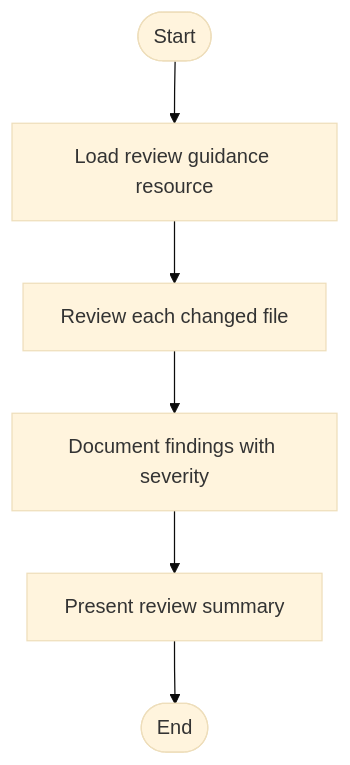
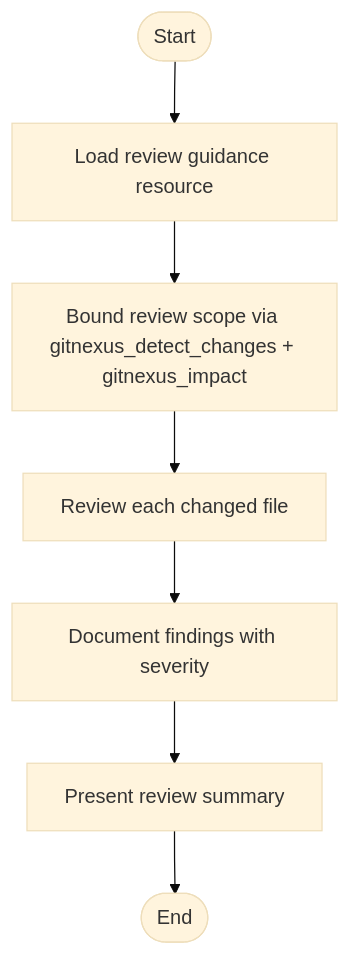
The first of 4 diagrams in work-package/skills/README.md (m2ux/workflow-server), drawn with Mermaid (base theme) before and after one commit. The commit also changed other lines of this file and 6 other files, not shown here.

````diff
--- a/work-package/skills/README.md
+++ b/work-package/skills/README.md
@@ -58,8 +58,9 @@
 ```mermaid
 graph TD
     startNode(["Start"]) --> loadGuidance["Load review guidance resource"]
-    loadGuidance --> reviewFiles["Review each changed file"]
+    loadGuidance --> boundScope["Bound review scope via gitnexus_detect_changes + gitnexus_impact"]
+    boundScope --> reviewFiles["Review each changed file"]
     reviewFiles --> documentFindings["Document findings with severity"]
     documentFindings --> presentSummary["Present review summary"]
     presentSummary --> endNode(["End"])
 ```
````
